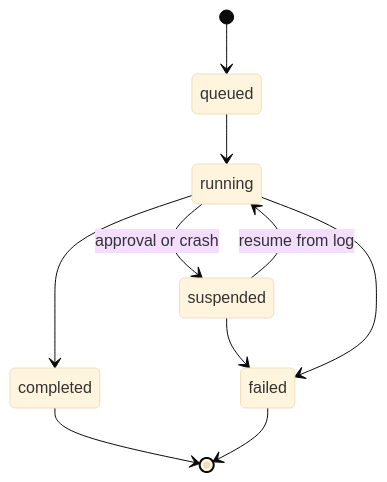
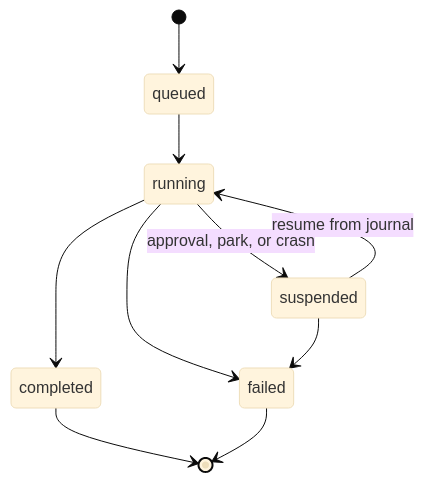
The fourth of 8 diagrams in apps/toron-dev/content/docs/how-it-works.mdx (bangedorrunt/toron.dev), drawn with Mermaid (base theme) before and after one commit. The commit also changed other lines of this file and 62 other files, not shown here.

First line of the commit message:
feat(site): refresh the stack story and render diagrams with Pele (torondev-dl9)

````diff
--- a/apps/toron-dev/content/docs/how-it-works.mdx
+++ b/apps/toron-dev/content/docs/how-it-works.mdx
@@ -53,12 +78,12 @@
 ```mermaid
 stateDiagram-v2
   [*] --> queued
   queued --> running
-  running --> suspended: approval or crash
-  suspended --> running: resume from log
+  running --> suspended: approval, park, or crash
+  suspended --> running: resume from journal
   running --> completed
+  running --> failed
   suspended --> failed
-  running --> failed
   completed --> [*]
   failed --> [*]
 ```
````
